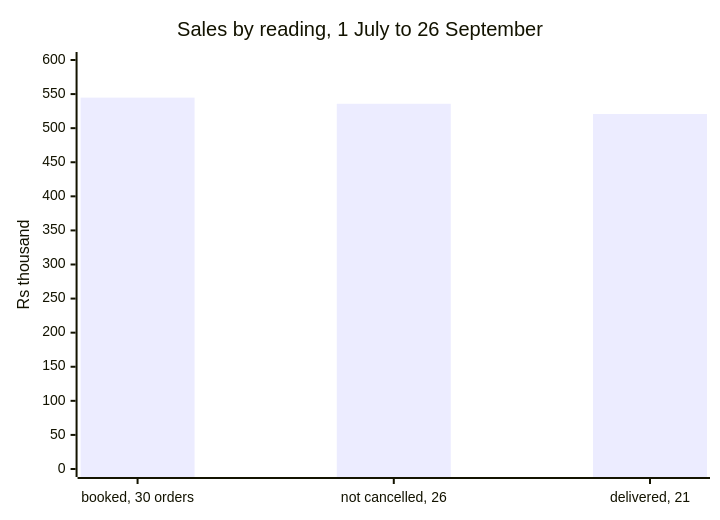
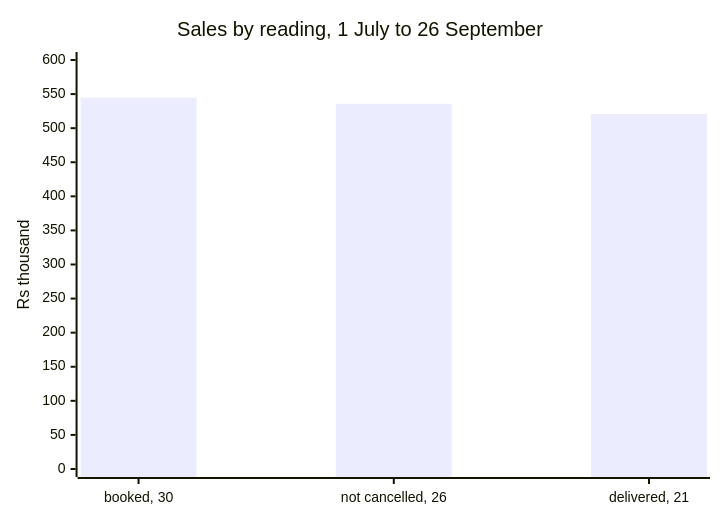
One commit to fde-academy-lab/c2-content-factory changed the ninth of 18 diagrams in content/W01/D1/slides/C2_W01_D01_half1_STUDENT.md. Above: the diagram before and after it, drawn with Mermaid. The commit also changed other lines of this file and 10 other files, not shown here.

````diff
--- a/content/W01/D1/slides/C2_W01_D01_half1_STUDENT.md
+++ b/content/W01/D1/slides/C2_W01_D01_half1_STUDENT.md
@@ -305,7 +426,7 @@
 ```mermaid
 xychart-beta
     title "Sales by reading, 1 July to 26 September"
-    x-axis ["booked, 30 orders", "not cancelled, 26", "delivered, 21"]
+    x-axis ["booked, 30", "not cancelled, 26", "delivered, 21"]
     y-axis "Rs thousand" 0 --> 600
     bar [544.81, 535.76, 520.79]
 ```
````
